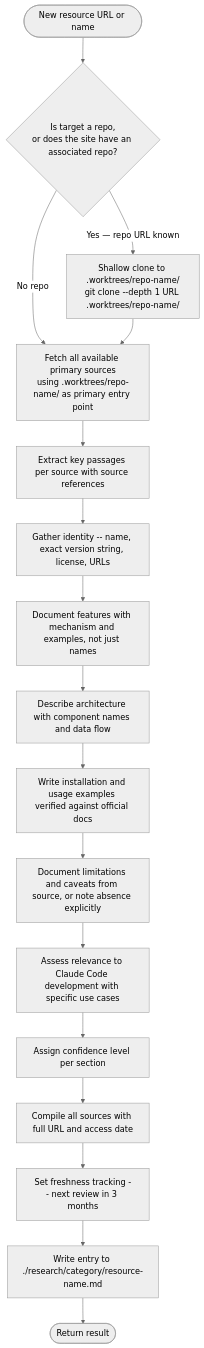
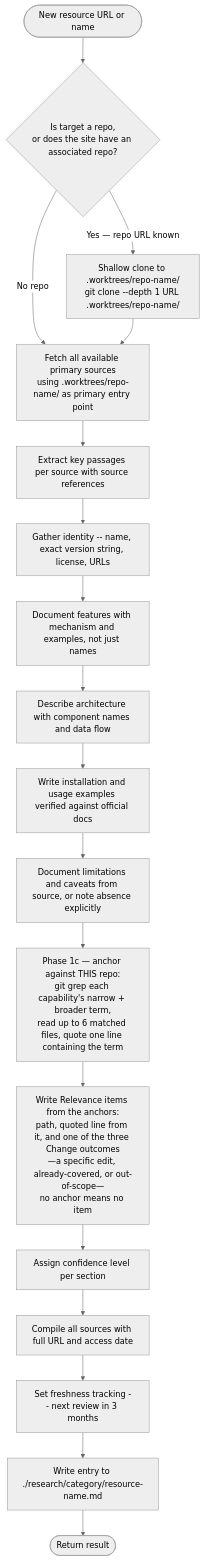
The second of 2 diagrams in .claude/agents/research-curator.md (Jamie-BitFlight/claude_skills), drawn with Mermaid (neutral theme) before and after one commit. The commit also changed other lines of this file and 9 other files, not shown here.

First line of the commit message:
feat(research-curator): anchor Relevance items to real repo paths (#3530)

````diff
--- a/.claude/agents/research-curator.md
+++ b/.claude/agents/research-curator.md
@@ -170,19 +177,20 @@
 ```mermaid
 flowchart TD
     Start([New resource URL or name]) --> CloneCheck{Is target a repo,<br>or does the site have an associated repo?}
     CloneCheck -->|"Yes — repo URL known"| ShallowClone["Shallow clone to .worktrees/repo-name/<br>git clone --depth 1 URL .worktrees/repo-name/"]
     CloneCheck -->|"No repo"| Fetch[Fetch all available primary sources]
     ShallowClone --> Fetch[Fetch all available primary sources<br>using .worktrees/repo-name/ as primary entry point]
     Fetch --> Extract[Extract key passages per source with source references]
     Extract --> Metadata[Gather identity -- name, exact version string, license, URLs]
     Metadata --> Features[Document features with mechanism and examples, not just names]
     Features --> Architecture[Describe architecture with component names and data flow]
     Architecture --> Usage[Write installation and usage examples verified against official docs]
     Usage --> Limitations[Document limitations and caveats from source, or note absence explicitly]
-    Limitations --> Relevance[Assess relevance to Claude Code development with specific use cases]
+    Limitations --> Anchors[Phase 1c — anchor against THIS repo:<br>git grep each capability's narrow + broader term,<br>read up to 6 matched files, quote one line containing the term]
+    Anchors --> Relevance[Write Relevance items from the anchors:<br>path, quoted line from it, and one of the three Change outcomes<br>—a specific edit, already-covered, or out-of-scope—<br>no anchor means no item]
     Relevance --> Confidence[Assign confidence level per section]
     Confidence --> References[Compile all sources with full URL and access date]
     References --> Freshness[Set freshness tracking -- next review in 3 months]
     Freshness --> WriteFile[Write entry to ./research/category/resource-name.md]
     WriteFile --> Done([Return result])
 ```
````
